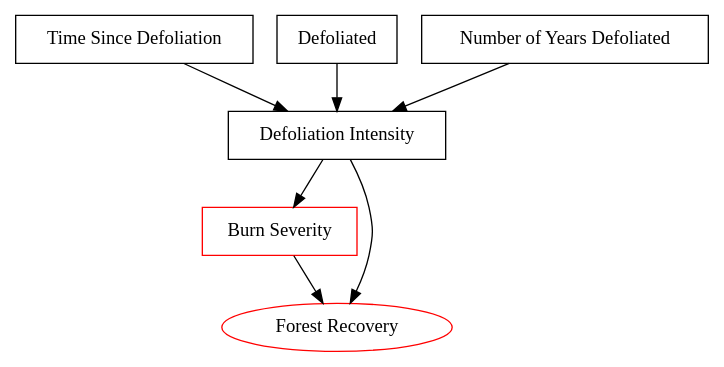
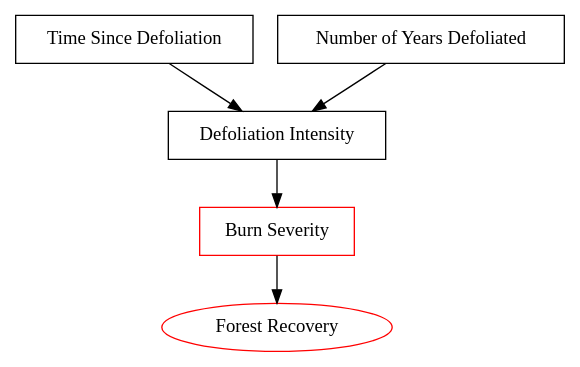
Before and after one commit to jackagoldman/sbw-fire: the diagram in Figures/chapter3-step1-dag.gv, drawn with Graphviz. The commit also changed 1 other file, not shown here.

```diff
--- a/Figures/chapter3-step1-dag.gv
+++ b/Figures/chapter3-step1-dag.gv
@@ -1,15 +1,12 @@
 // step 1 dag
 digraph "chapter3-step1-dag" {
 	T [label="Time Since Defoliation" shape=rect]
-	D [label=Defoliated shape=rect]
 	Y [label="Number of Years Defoliated" shape=rect]
 	C [label="Defoliation Intensity" shape=rect]
 	B [label="Burn Severity" color=red shape=rect]
 	R [label="Forest Recovery" color=red shape=ellipse]
 	T -> C
-	D -> C
 	Y -> C
 	C -> B
 	B -> R
-	C -> R
 }
```
